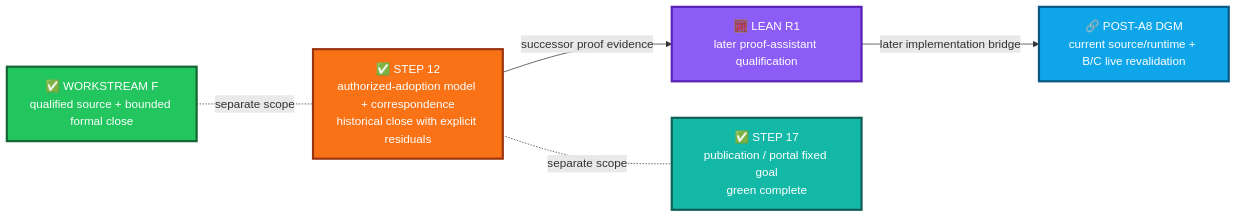
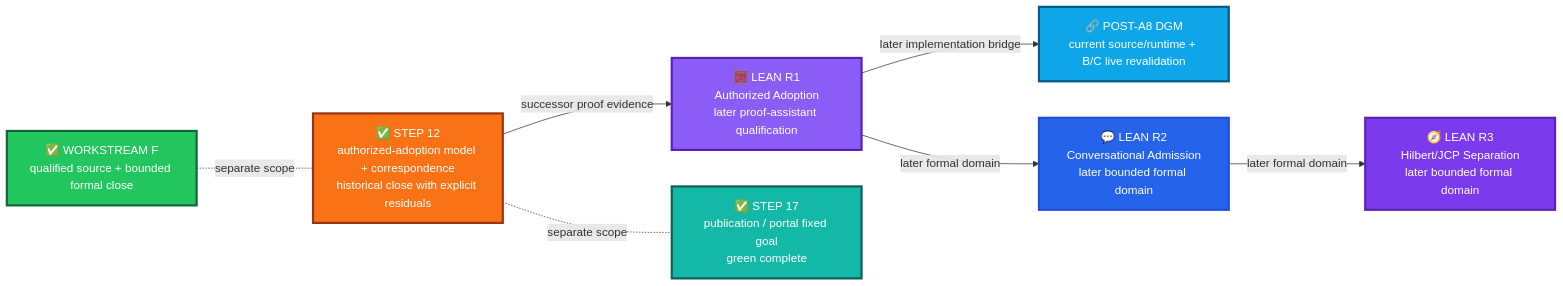
The fourth of 8 diagrams in research/thesis-reconciliation.md (kiddstechnical/ALLIS-Artificial-Learning-and-Location-Intelligence-System), drawn with Mermaid before and after one commit. The commit also changed other lines of this file, not shown here.

First line of the commit message:
Update thesis reconciliation with Lean R2/R3 qualifications

````diff
--- a/research/thesis-reconciliation.md
+++ b/research/thesis-reconciliation.md
@@ -734,19 +769,25 @@
 ```mermaid
 flowchart LR
     F["✅ WORKSTREAM F<br/>qualified source + bounded formal close"]:::f
     D["✅ STEP 12<br/>authorized-adoption model + correspondence<br/>historical close with explicit residuals"]:::d
-    L["🧮 LEAN R1<br/>later proof-assistant qualification"]:::lean
+    R1["🧮 LEAN R1<br/>Authorized Adoption<br/>later proof-assistant qualification"]:::lean
     C["🔗 POST-A8 DGM<br/>current source/runtime + B/C live revalidation"]:::corr
+    R2["💬 LEAN R2<br/>Conversational Admission<br/>later bounded formal domain"]:::r2
+    R3["🧭 LEAN R3<br/>Hilbert/JCP Separation<br/>later bounded formal domain"]:::r3
     P["✅ STEP 17<br/>publication / portal fixed goal<br/>green complete"]:::p
 
     F -. "separate scope" .- D
-    D -->|"successor proof evidence"| L
-    L -->|"later implementation bridge"| C
+    D -->|"successor proof evidence"| R1
+    R1 -->|"later implementation bridge"| C
+    R1 -->|"later formal domain"| R2
+    R2 -->|"later formal domain"| R3
     D -. "separate scope" .- P
 
     classDef f fill:#22c55e,stroke:#166534,color:#ffffff,stroke-width:3px;
     classDef d fill:#f97316,stroke:#9a3412,color:#ffffff,stroke-width:3px;
     classDef lean fill:#8b5cf6,stroke:#5b21b6,color:#ffffff,stroke-width:3px;
     classDef corr fill:#0ea5e9,stroke:#075985,color:#ffffff,stroke-width:3px;
+    classDef r2 fill:#2563eb,stroke:#1d4ed8,color:#ffffff,stroke-width:3px;
+    classDef r3 fill:#7c3aed,stroke:#5b21b6,color:#ffffff,stroke-width:3px;
     classDef p fill:#14b8a6,stroke:#115e59,color:#ffffff,stroke-width:3px;
 ```
````
